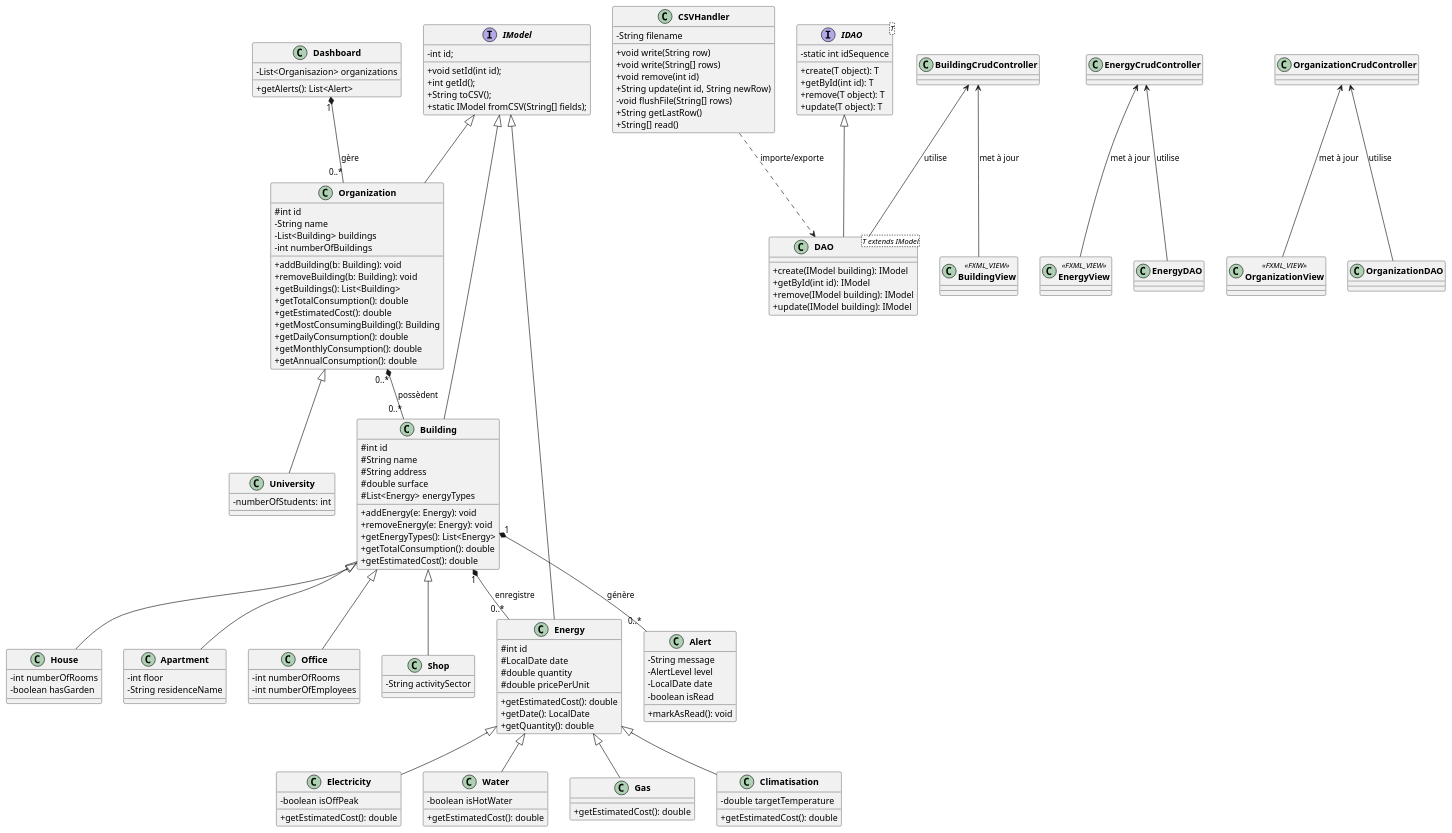
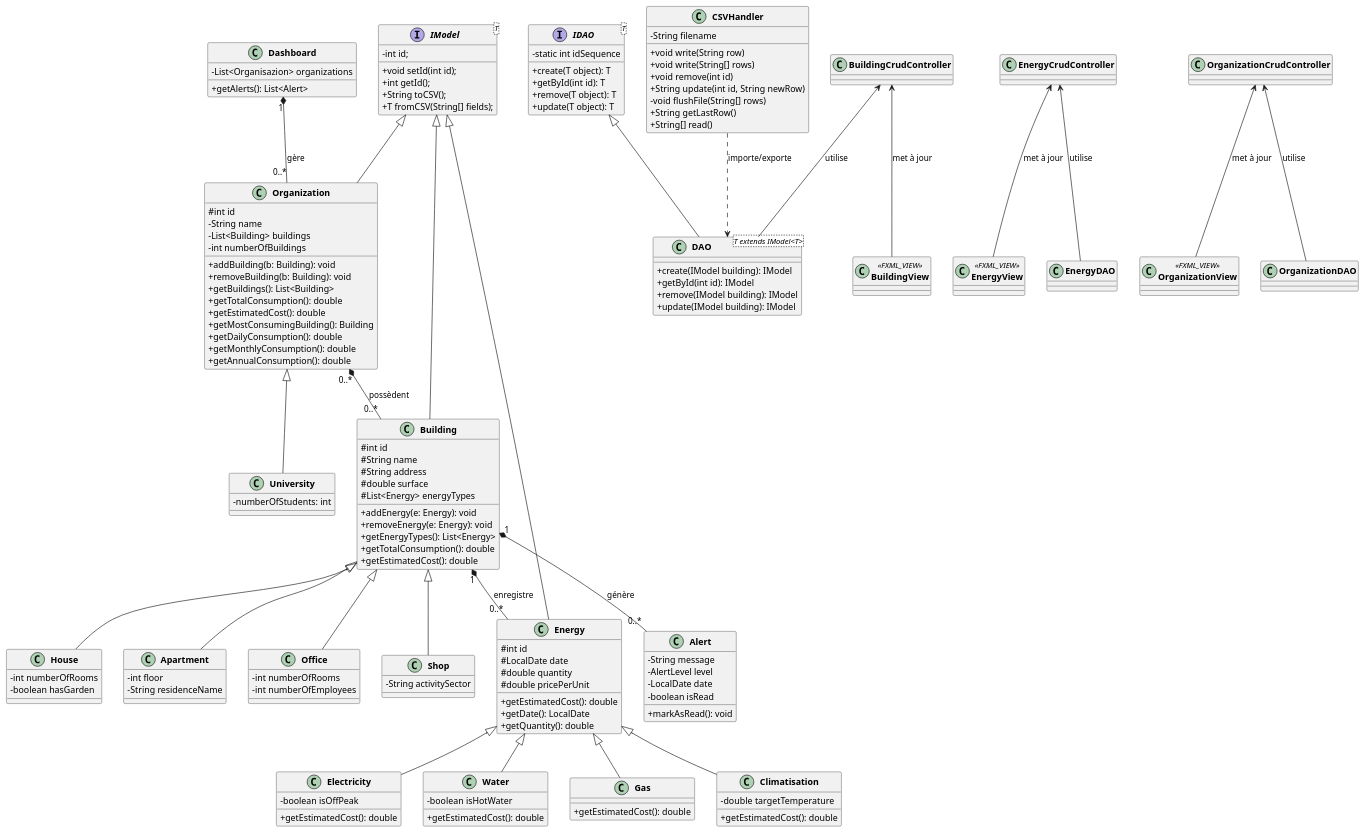
One commit to Cavernos/EAD changed the diagram in docs/UML.puml. Above: the diagram before and after it, drawn with PlantUML. The commit also changed 24 other files, not shown here.

```diff
--- a/docs/UML.puml
+++ b/docs/UML.puml
@@ -7,15 +7,33 @@
 ' ══════════════════════════════
 '           ENUM
 ' ══════════════════════════════
-interface IModel {
+interface IModel<T> {
     - int id;
     + void setId(int id);
     + int getId();
     + String toCSV();
-    + static IModel fromCSV(String[] fields);
+    + T fromCSV(String[] fields);
+}
+' ===============================
+' DAO
+' ===============================
+interface IDAO<T> {
+- static int idSequence
++ create(T object): T
++ getById(int id): T
++ remove(T object): T
++ update(T object): T
+}
+
+class DAO<T extends IModel<T>> {
+
++ create(IModel building): IModel
++ getById(int id): IModel
++ remove(IModel building): IModel
++ update(IModel building): IModel
 }
 ' ================================
-' Organisation
+' Organization
 '=================================
 
 
@@ -148,24 +166,7 @@
 }
 
 
-' ===============================
-' DAO
-' ===============================
-interface IDAO<T> {
-- static int idSequence
-+ create(T object): T
-+ getById(int id): T
-+ remove(T object): T
-+ update(T object): T
-}
 
-class DAO<T extends IModel> {
-
-+ create(IModel building): IModel
-+ getById(int id): IModel
-+ remove(IModel building): IModel
-+ update(IModel building): IModel
-}
 
 
 ' ===============================
```
